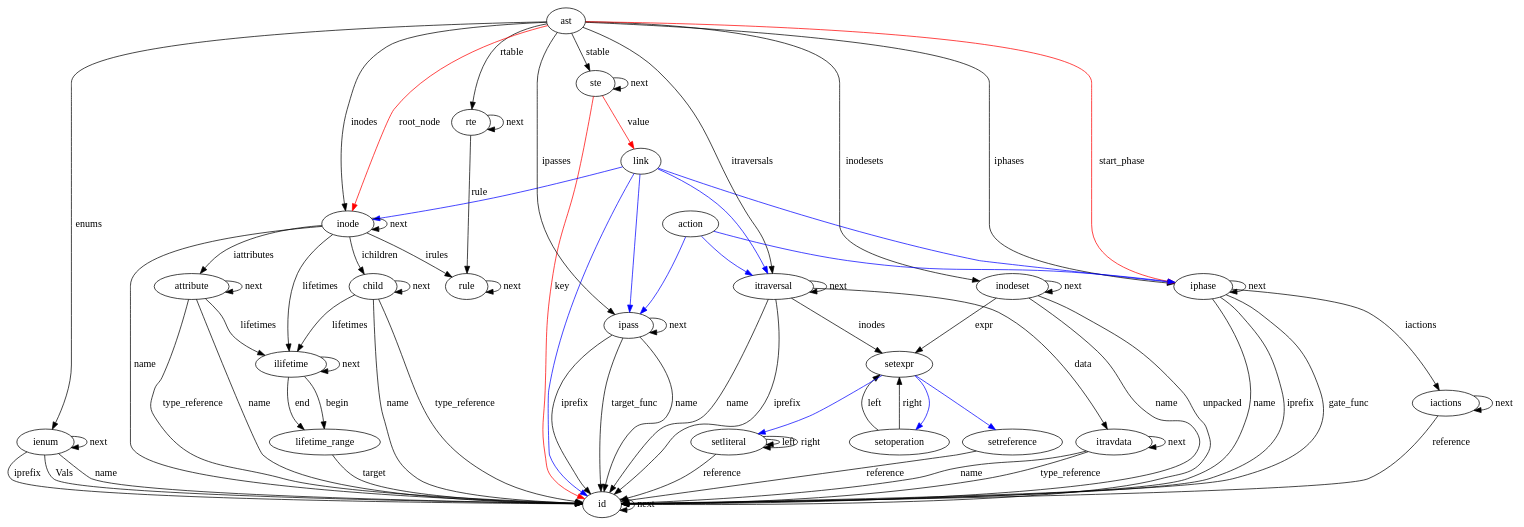
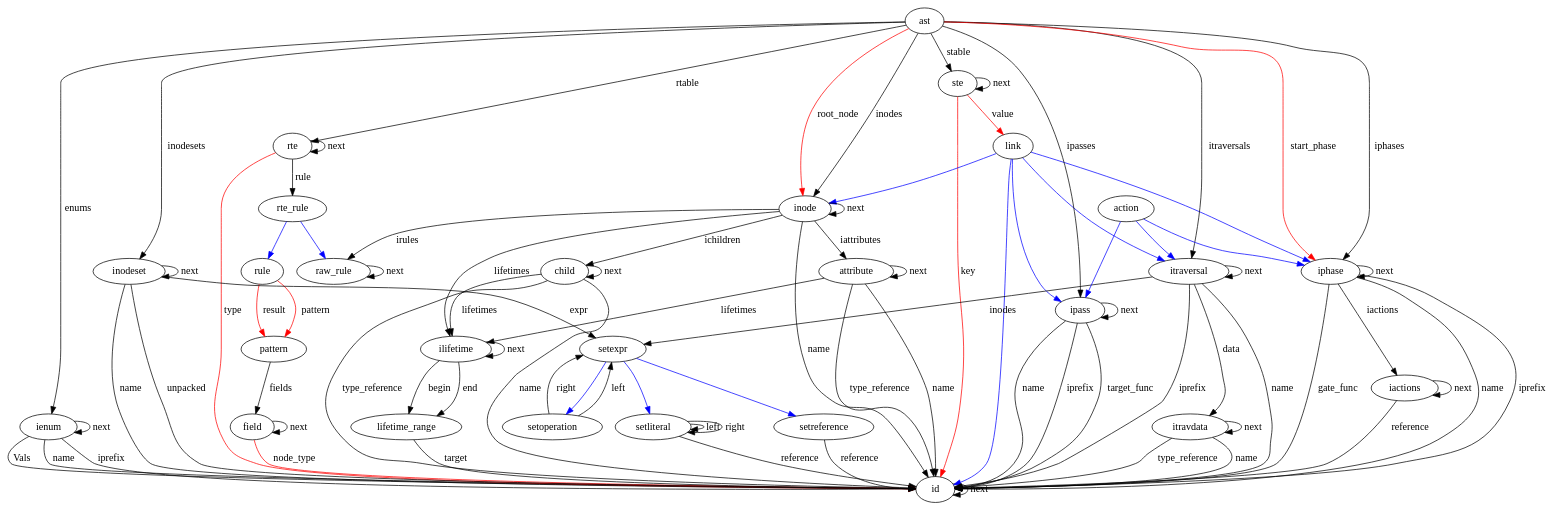
One commit to MrPixelized/coconut changed the diagram in cocogen/ccngen/ast.dot. Above: the diagram before and after it, drawn with Graphviz. The commit also changed 13 other files, not shown here.

```diff
--- a/cocogen/ccngen/ast.dot
+++ b/cocogen/ccngen/ast.dot
@@ -1,104 +1,116 @@
 digraph Ast {
 id;
 id -> id[label="next"]
 ienum;
 ienum -> id[label="Vals"]
 ienum -> id[label="name"]
 ienum -> id[label="iprefix"]
 ienum -> ienum[label="next"]
 attribute;
 attribute -> id[label="name"]
 attribute -> id[label="type_reference"]
 attribute -> ilifetime[label="lifetimes"]
 attribute -> attribute[label="next"]
 itravdata;
 itravdata -> id[label="name"]
 itravdata -> id[label="type_reference"]
 itravdata -> itravdata[label="next"]
 setoperation;
 setoperation -> setexpr[label="left"]
 setoperation -> setexpr[label="right"]
 setliteral;
 setliteral -> id[label="reference"]
 setliteral -> setliteral[label="left"]
 setliteral -> setliteral[label="right"]
 setreference;
 setreference -> id[label="reference"]
 rte;
-rte -> rule[label="rule"]
+rte -> rte_rule[label="rule"]
 rte -> rte[label="next"]
+rte -> id[color=red, label="type"]
 ste;
 ste -> ste[label="next"]
 ste -> id[color=red, label="key"]
 ste -> link[color=red, label="value"]
 child;
 child -> id[label="name"]
 child -> ilifetime[label="lifetimes"]
 child -> child[label="next"]
 child -> id[label="type_reference"]
 rule;
-rule -> rule[label="next"]
+rule -> pattern[color=red, label="pattern"]
+rule -> pattern[color=red, label="result"]
+field;
+field -> field[label="next"]
+field -> id[color=red, label="node_type"]
+pattern;
+pattern -> field[label="fields"]
+raw_rule;
+raw_rule -> raw_rule[label="next"]
 lifetime_range;
 lifetime_range -> id[label="target"]
 ilifetime;
 ilifetime -> lifetime_range[label="begin"]
 ilifetime -> lifetime_range[label="end"]
 ilifetime -> ilifetime[label="next"]
 inodeset;
 inodeset -> id[label="name"]
 inodeset -> setexpr[label="expr"]
 inodeset -> id[label="unpacked"]
 inodeset -> inodeset[label="next"]
 inode;
 inode -> id[label="name"]
 inode -> inode[label="next"]
 inode -> child[label="ichildren"]
 inode -> attribute[label="iattributes"]
-inode -> rule[label="irules"]
+inode -> raw_rule[label="irules"]
 inode -> ilifetime[label="lifetimes"]
 ipass;
 ipass -> id[label="name"]
 ipass -> id[label="iprefix"]
 ipass -> id[label="target_func"]
 ipass -> ipass[label="next"]
 itraversal;
 itraversal -> id[label="name"]
 itraversal -> id[label="iprefix"]
 itraversal -> setexpr[label="inodes"]
 itraversal -> itravdata[label="data"]
 itraversal -> itraversal[label="next"]
 iphase;
 iphase -> id[label="name"]
 iphase -> id[label="iprefix"]
 iphase -> id[label="gate_func"]
 iphase -> iactions[label="iactions"]
 iphase -> iphase[label="next"]
 iactions;
 iactions -> id[label="reference"]
 iactions -> iactions[label="next"]
 ast;
 ast -> iphase[label="iphases"]
 ast -> itraversal[label="itraversals"]
 ast -> ipass[label="ipasses"]
 ast -> inode[label="inodes"]
 ast -> inodeset[label="inodesets"]
 ast -> ienum[label="enums"]
 ast -> ste[label="stable"]
 ast -> rte[label="rtable"]
 ast -> inode[color=red, label="root_node"]
 ast -> iphase[color=red, label="start_phase"]
 setexpr;
 setexpr -> setoperation [color=blue]
 setexpr -> setreference [color=blue]
 setexpr -> setliteral [color=blue]
+rte_rule;
+rte_rule -> rule [color=blue]
+rte_rule -> raw_rule [color=blue]
 link;
 link -> iphase [color=blue]
 link -> itraversal [color=blue]
 link -> ipass [color=blue]
 link -> inode [color=blue]
 link -> id [color=blue]
 action;
 action -> iphase [color=blue]
 action -> itraversal [color=blue]
 action -> ipass [color=blue]
 }
```
